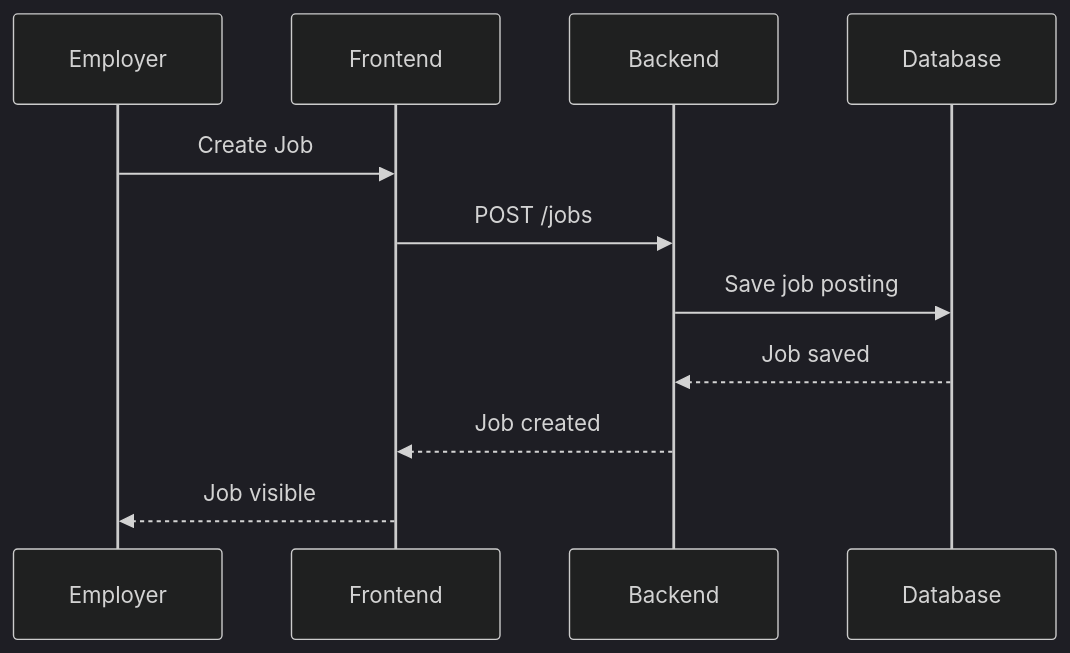
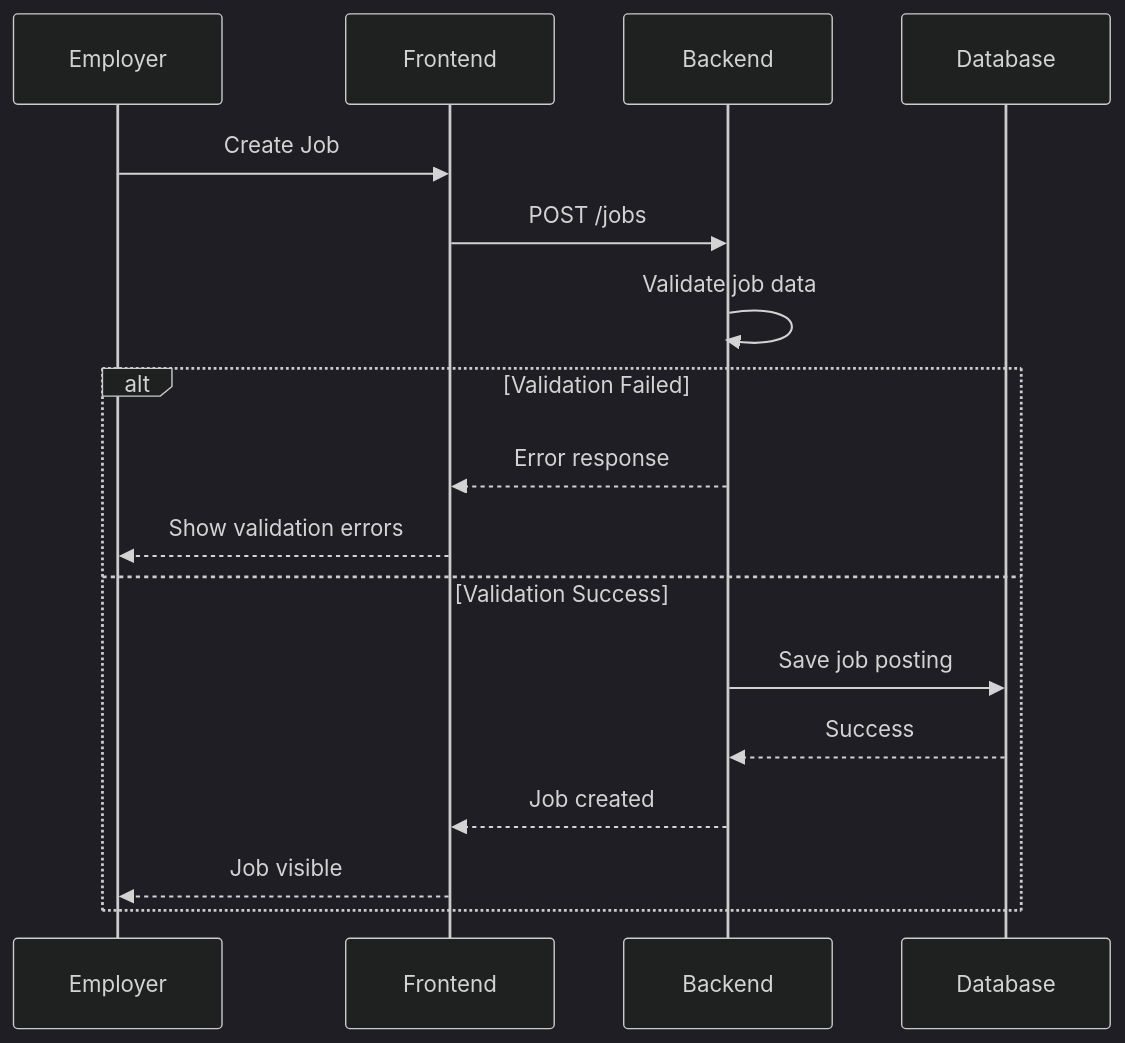
One commit to Fahim-004/Team_04_JavaFS changed the third of 4 diagrams in instructions/Documentation/Sequence_diagrams.md. Above: the diagram before and after it, drawn with Mermaid (dark theme). The commit also changed other lines of this file and 5 other files, not shown here.

````diff
--- a/instructions/Documentation/Sequence_diagrams.md
+++ b/instructions/Documentation/Sequence_diagrams.md
@@ -51,15 +68,23 @@
 ```mermaid
 sequenceDiagram
 
     participant Employer
     participant Frontend
     participant Backend
     participant Database
 
     Employer->>Frontend: Create Job
     Frontend->>Backend: POST /jobs
-    Backend->>Database: Save job posting
-    Database-->>Backend: Job saved
-    Backend-->>Frontend: Job created
-    Frontend-->>Employer: Job visible
+
+    Backend->>Backend: Validate job data
+
+    alt Validation Failed
+        Backend-->>Frontend: Error response
+        Frontend-->>Employer: Show validation errors
+    else Validation Success
+        Backend->>Database: Save job posting
+        Database-->>Backend: Success
+        Backend-->>Frontend: Job created
+        Frontend-->>Employer: Job visible
+    end
 ```
````
